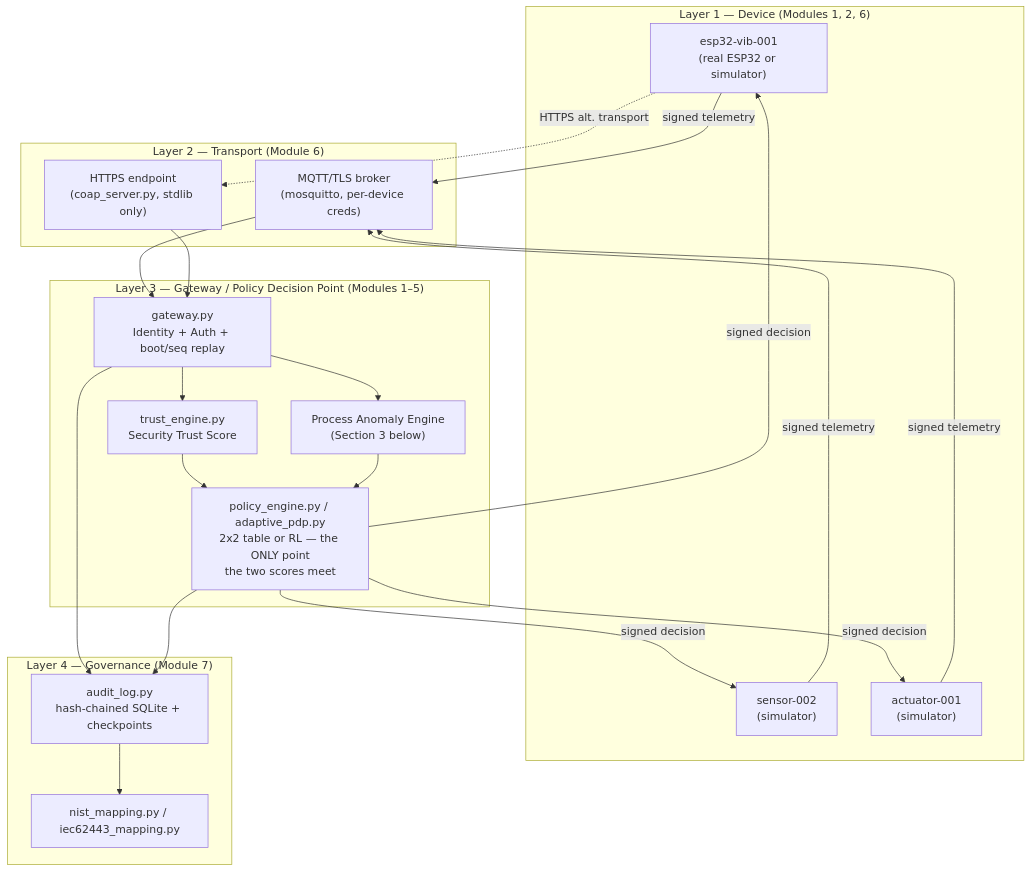
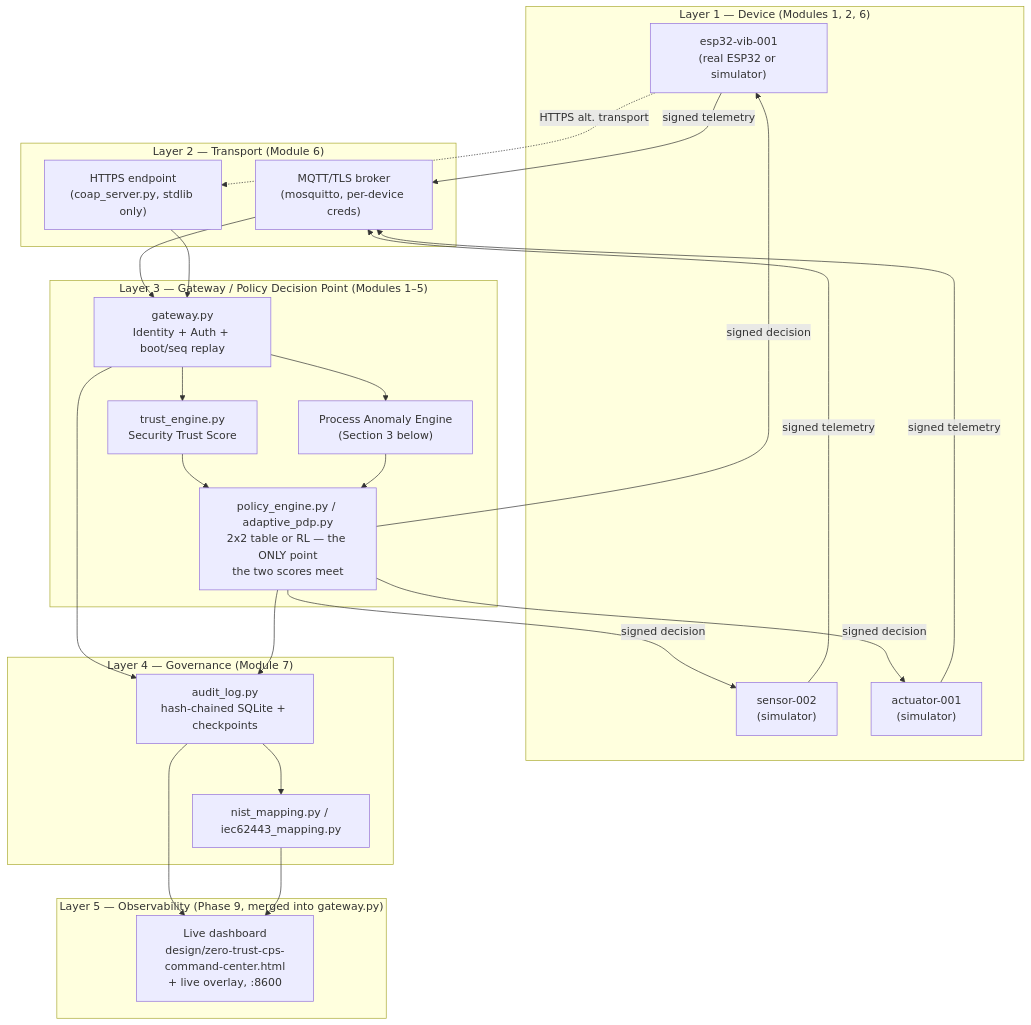
Before and after one commit to mritula2311/Zero-Trust-CPS: the first of 6 diagrams in docs/13_system_architecture_and_workflow.md, drawn with Mermaid. The commit also changed other lines of this file and 7 other files, not shown here.

First line of the commit message:
Merge dashboard live-data serving into gateway.py

````diff
--- a/docs/13_system_architecture_and_workflow.md
+++ b/docs/13_system_architecture_and_workflow.md
@@ -17,35 +17,41 @@
 ```mermaid
 flowchart TB
     subgraph L1["Layer 1 — Device (Modules 1, 2, 6)"]
         D1["esp32-vib-001<br/>(real ESP32 or simulator)"]
         D2["sensor-002<br/>(simulator)"]
         D3["actuator-001<br/>(simulator)"]
     end
 
     subgraph L2["Layer 2 — Transport (Module 6)"]
         T1["MQTT/TLS broker<br/>(mosquitto, per-device creds)"]
         T2["HTTPS endpoint<br/>(coap_server.py, stdlib only)"]
     end
 
     subgraph L3["Layer 3 — Gateway / Policy Decision Point (Modules 1–5)"]
         G1["gateway.py<br/>Identity + Auth + boot/seq replay"]
         G2["trust_engine.py<br/>Security Trust Score"]
         G3["Process Anomaly Engine<br/>(Section 3 below)"]
         G4["policy_engine.py / adaptive_pdp.py<br/>2x2 table or RL — the ONLY point<br/>the two scores meet"]
     end
 
     subgraph L4["Layer 4 — Governance (Module 7)"]
         A1["audit_log.py<br/>hash-chained SQLite + checkpoints"]
         A2["nist_mapping.py / iec62443_mapping.py"]
     end
 
+    subgraph L5["Layer 5 — Observability (Phase 9, merged into gateway.py)"]
+        V1["Live dashboard<br/>design/zero-trust-cps-command-center.html<br/>+ live overlay, :8600"]
+    end
+
     D1 & D2 & D3 -->|signed telemetry| T1
     D1 -.->|HTTPS alt. transport| T2
     T1 & T2 --> G1
     G1 --> G2
     G1 --> G3
     G2 & G3 --> G4
     G4 -->|signed decision| D1 & D2 & D3
     G1 & G4 --> A1
     A1 --> A2
+    A1 --> V1
+    A2 --> V1
 ```
````
